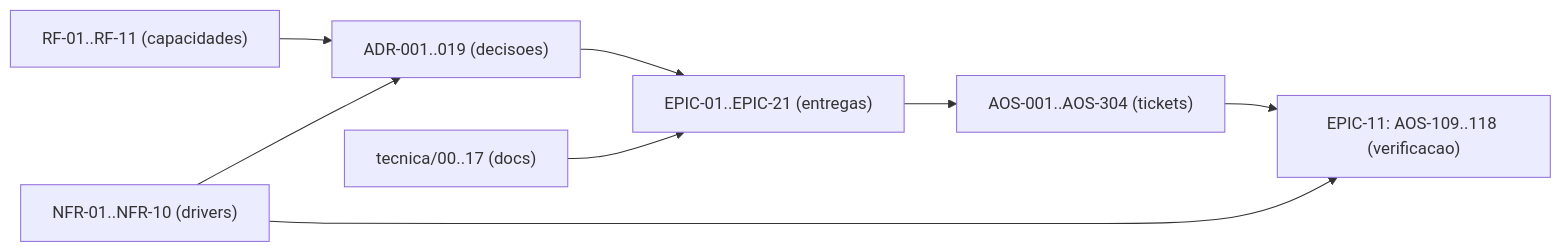
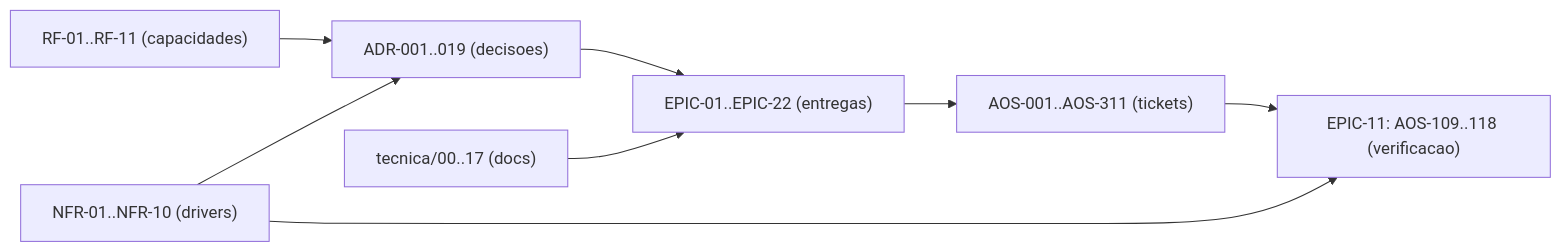
Before and after one commit to albinoJimy/aos: the diagram in tecnica/16_Rastreabilidade_RTM.md, drawn with Mermaid. The commit also changed other lines of this file and 58 other files, not shown here.

````diff
--- a/tecnica/16_Rastreabilidade_RTM.md
+++ b/tecnica/16_Rastreabilidade_RTM.md
@@ -170,10 +170,10 @@
 ```mermaid
 flowchart LR
     RF["RF-01..RF-11 (capacidades)"] --> ADR["ADR-001..019 (decisoes)"]
     NFR["NFR-01..NFR-10 (drivers)"] --> ADR
-    ADR --> EPIC["EPIC-01..EPIC-21 (entregas)"]
-    EPIC --> TICK["AOS-001..AOS-304 (tickets)"]
+    ADR --> EPIC["EPIC-01..EPIC-22 (entregas)"]
+    EPIC --> TICK["AOS-001..AOS-311 (tickets)"]
     DOC["tecnica/00..17 (docs)"] --> EPIC
     TICK --> TEST["EPIC-11: AOS-109..118 (verificacao)"]
     NFR --> TEST
 ```
````
